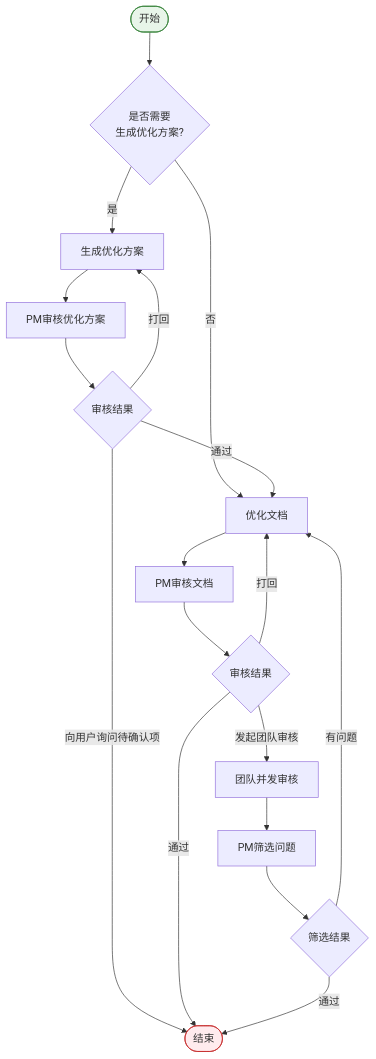
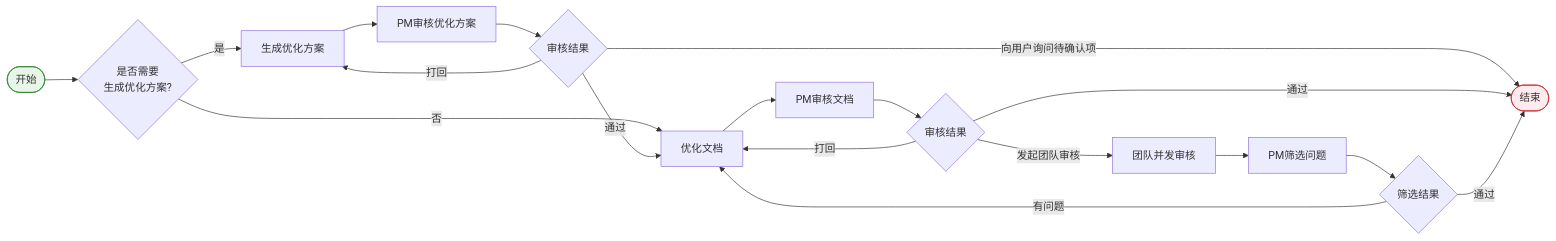
Before and after one commit to moderncrazy/ai-case-generator-demo: the second of 2 diagrams in README.md, drawn with Mermaid.

Commit message:
- 切换流程图方向

````diff
--- a/README.md
+++ b/README.md
@@ -84,29 +84,29 @@
 ```mermaid
-flowchart TD
+flowchart LR
     START([开始]) --> OPTION{是否需要<br/>生成优化方案?}
     
     OPTION -->|是| GEN_PLAN[生成优化方案]
     OPTION -->|否| OPT_DOC[优化文档]
     
     GEN_PLAN --> REVIEW_PLAN[PM审核优化方案]
     
     REVIEW_PLAN --> REVIEW_PLAN_RESULT{审核结果}
     REVIEW_PLAN_RESULT -->|通过| OPT_DOC
     REVIEW_PLAN_RESULT -->|打回| GEN_PLAN
     REVIEW_PLAN_RESULT -->|向用户询问待确认项| END([结束])
     
     OPT_DOC --> PM_REVIEW[PM审核文档]
     
     PM_REVIEW --> PM_REVIEW_RESULT{审核结果}
     PM_REVIEW_RESULT -->|通过| END
     PM_REVIEW_RESULT -->|打回| OPT_DOC
     PM_REVIEW_RESULT -->|发起团队审核| GROUP_REVIEW[团队并发审核]
     
     GROUP_REVIEW --> FILTER[PM筛选问题]
     FILTER --> FILTER_RESULT{筛选结果}
     FILTER_RESULT -->|通过| END
     FILTER_RESULT -->|有问题| OPT_DOC
     
     style START fill:#e8f5e9,stroke:#2e7d32
     style END fill:#ffebee,stroke:#c62828
 ```
````
